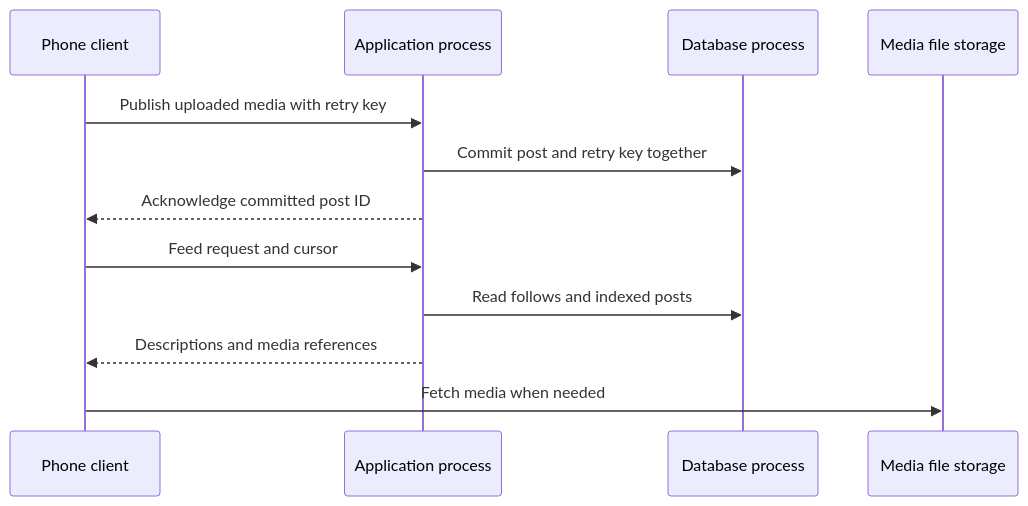
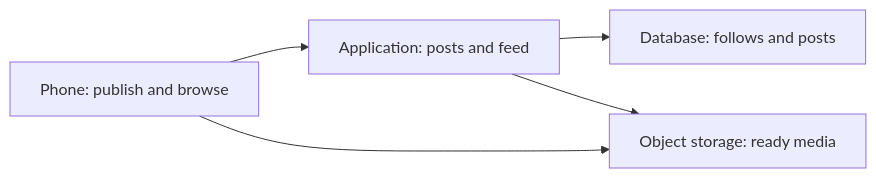
One commit to hftdevlab/interview-content-agent changed the diagram in content/system-design/sd-e2e-news-feed/diagrams/context.mmd. Above: the diagram before and after it, drawn with Mermaid. The commit also changed 50 other files, not shown here.

```diff
--- a/content/system-design/sd-e2e-news-feed/diagrams/context.mmd
+++ b/content/system-design/sd-e2e-news-feed/diagrams/context.mmd
@@ -1,13 +1,5 @@
-sequenceDiagram
-    participant C as Phone client
-    participant A as Application process
-    participant D as Database process
-    participant O as Media file storage
-
-    C->>A: Publish uploaded media with retry key
-    A->>D: Commit post and retry key together
-    A-->>C: Acknowledge committed post ID
-    C->>A: Feed request and cursor
-    A->>D: Read follows and indexed posts
-    A-->>C: Descriptions and media references
-    C->>O: Fetch media when needed
+flowchart LR
+    C["Phone: publish and browse"] --> A["Application: posts and feed"]
+    A["Application: posts and feed"] --> D["Database: follows and posts"]
+    A["Application: posts and feed"] --> O["Object storage: ready media"]
+    C["Phone: publish and browse"] --> O["Object storage: ready media"]
```
